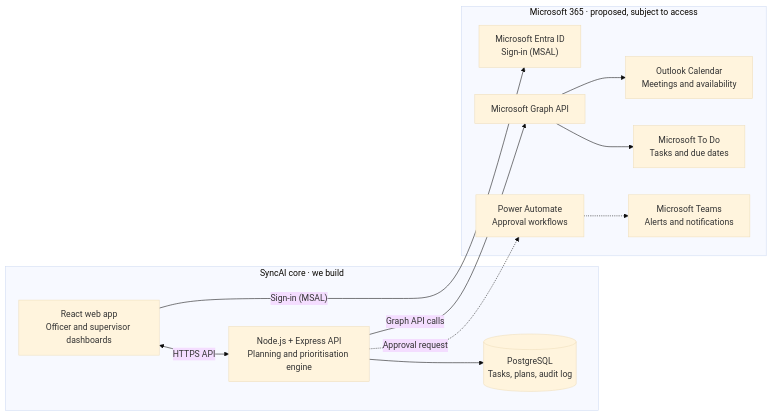
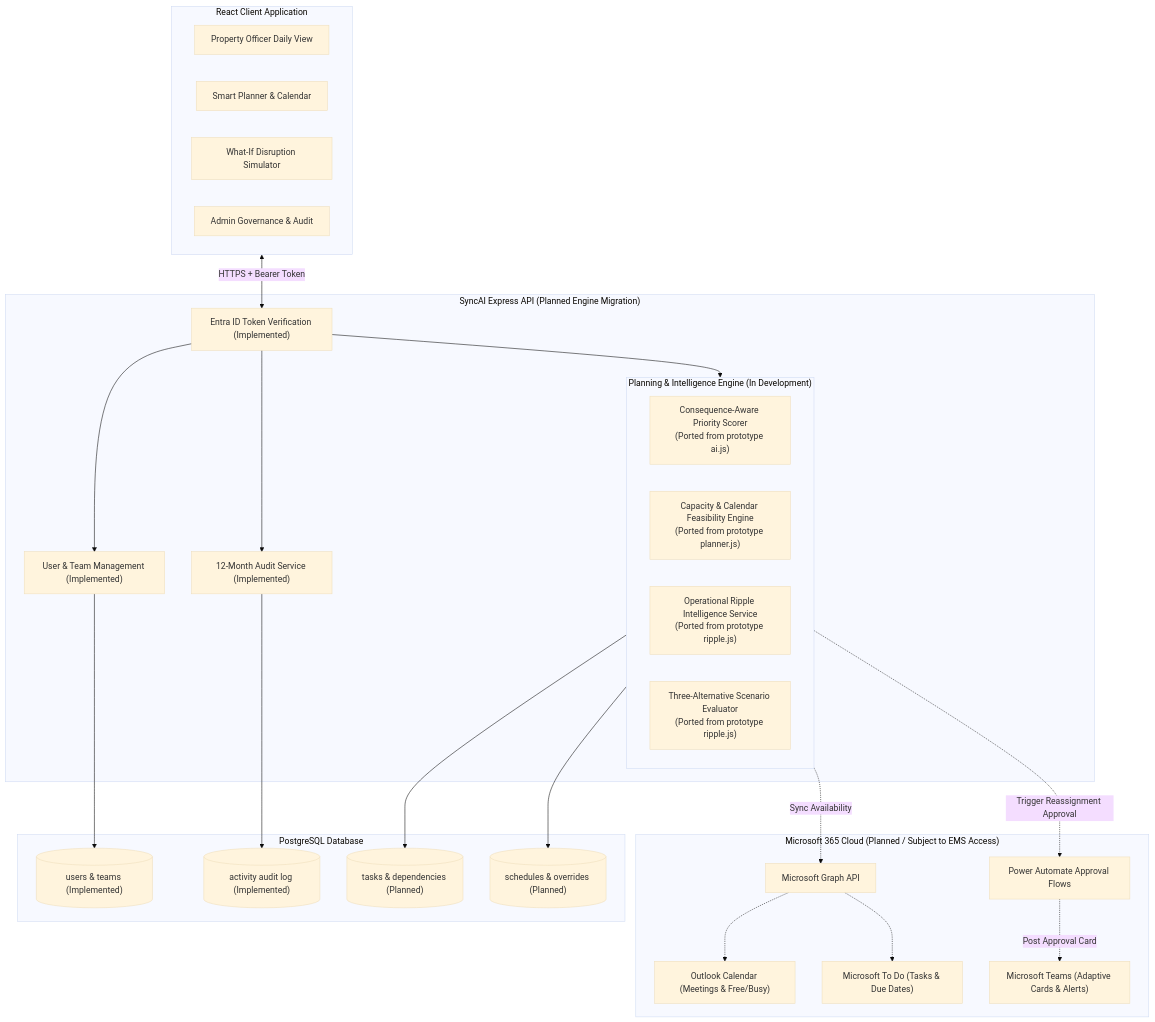
Before and after one commit to feliciatanxl/SyncAI: the second of 2 diagrams in docs/architecture.md, drawn with Mermaid (base theme). The commit also changed other lines of this file and 7 other files, not shown here.

Commit message:
docs: align SyncAI documentation with ripple intelligence and architecture foundation

````diff
--- a/docs/architecture.md
+++ b/docs/architecture.md
@@ -19,24 +73,53 @@
 ```mermaid
-flowchart LR
-  subgraph Core["SyncAI core · we build"]
-    WEB["React web app<br/>Officer and supervisor dashboards"]
-    API["Node.js + Express API<br/>Planning and prioritisation engine"]
-    DB[("PostgreSQL<br/>Tasks, plans, audit log")]
-  end
-  subgraph M365["Microsoft 365 · proposed, subject to access"]
-    ENTRA["Microsoft Entra ID<br/>Sign-in (MSAL)"]
-    GRAPH["Microsoft Graph API"]
-    CAL["Outlook Calendar<br/>Meetings and availability"]
-    TODO["Microsoft To Do<br/>Tasks and due dates"]
-    PA["Power Automate<br/>Approval workflows"]
-    TEAMS["Microsoft Teams<br/>Alerts and notifications"]
-  end
-  WEB <-->|"HTTPS API"| API
-  WEB -->|"Sign-in (MSAL)"| ENTRA
-  API --> DB
-  API -->|"Graph API calls"| GRAPH
-  GRAPH --> CAL
-  GRAPH --> TODO
-  API -.->|"Approval request"| PA
-  PA -.-> TEAMS
+flowchart TD
+    subgraph Client["React Client Application"]
+        UI_Dash["Property Officer Daily View"]
+        UI_Plan["Smart Planner & Calendar"]
+        UI_Sim["What-If Disruption Simulator"]
+        UI_Audit["Admin Governance & Audit"]
+    end
+
+    subgraph CoreBackend["SyncAI Express API (Planned Engine Migration)"]
+        AuthModule["Entra ID Token Verification (Implemented)"]
+        TeamModule["User & Team Management (Implemented)"]
+        AuditModule["12-Month Audit Service (Implemented)"]
+        
+        subgraph PlanningService["Planning & Intelligence Engine (In Development)"]
+            ScoreEngine["Consequence-Aware Priority Scorer<br/>(Ported from prototype ai.js)"]
+            FeasibilityEngine["Capacity & Calendar Feasibility Engine<br/>(Ported from prototype planner.js)"]
+            RippleEngine["Operational Ripple Intelligence Service<br/>(Ported from prototype ripple.js)"]
+            AlternativeEngine["Three-Alternative Scenario Evaluator<br/>(Ported from prototype ripple.js)"]
+        end
+    end
+
+    subgraph Storage["PostgreSQL Database"]
+        DB_Users[("users & teams (Implemented)")]
+        DB_Audit[("activity audit log (Implemented)")]
+        DB_Tasks[("tasks & dependencies (Planned)")]
+        DB_Plans[("schedules & overrides (Planned)")]
+    end
+
+    subgraph M365["Microsoft 365 Cloud (Planned / Subject to EMS Access)"]
+        GraphAPI["Microsoft Graph API"]
+        OutlookCal["Outlook Calendar (Meetings & Free/Busy)"]
+        ToDoTasks["Microsoft To Do (Tasks & Due Dates)"]
+        PowerAutomate["Power Automate Approval Flows"]
+        TeamsClient["Microsoft Teams (Adaptive Cards & Alerts)"]
+    end
+
+    Client <-->|HTTPS + Bearer Token| AuthModule
+    AuthModule --> TeamModule
+    AuthModule --> AuditModule
+    AuthModule --> PlanningService
+    
+    TeamModule --> DB_Users
+    AuditModule --> DB_Audit
+    PlanningService --> DB_Tasks
+    PlanningService --> DB_Plans
+
+    PlanningService -.->|Sync Availability| GraphAPI
+    GraphAPI -.-> OutlookCal
+    GraphAPI -.-> ToDoTasks
+    PlanningService -.->|Trigger Reassignment Approval| PowerAutomate
+    PowerAutomate -.->|Post Approval Card| TeamsClient
 ```
````
